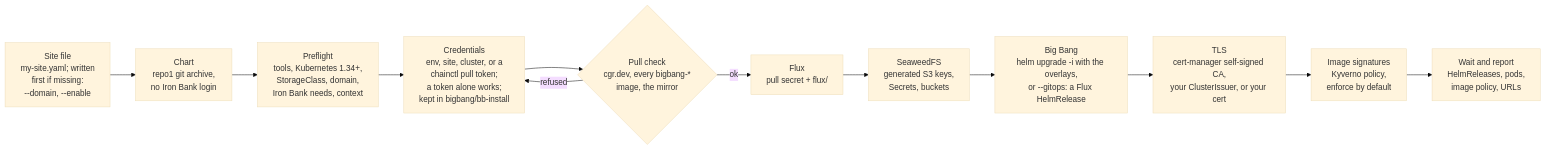
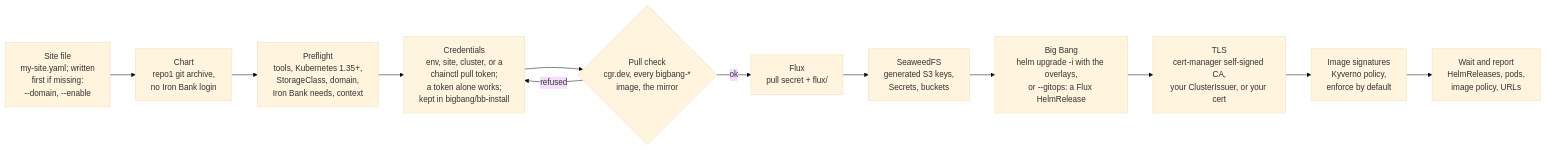
The fourth of 9 diagrams in docs/architecture.md (Zapata-Technology/bigbang-chainguard), drawn with Mermaid (base theme) before and after one commit. The commit also changed 46 other files, not shown here.

````diff
--- a/docs/architecture.md
+++ b/docs/architecture.md
@@ -142,14 +142,14 @@
 ```mermaid
 flowchart LR
     SF[Site file<br/>my-site.yaml; written<br/>first if missing:<br/>--domain, --enable] --> CH[Chart<br/>repo1 git archive,<br/>no Iron Bank login]
-    CH --> PF[Preflight<br/>tools, Kubernetes 1.34+,<br/>StorageClass, domain,<br/>Iron Bank needs, context]
+    CH --> PF[Preflight<br/>tools, Kubernetes 1.35+,<br/>StorageClass, domain,<br/>Iron Bank needs, context]
     PF --> CR[Credentials<br/>env, site, cluster, or a<br/>chainctl pull token;<br/>a token alone works;<br/>kept in bigbang/bb-install]
     CR --> PC{Pull check<br/>cgr.dev, every bigbang-*<br/>image, the mirror}
     PC -- refused --> CR
     PC -- ok --> FX[Flux<br/>pull secret + flux/]
     FX --> SW[SeaweedFS<br/>generated S3 keys,<br/>Secrets, buckets]
     SW --> BB[Big Bang<br/>helm upgrade -i with the overlays,<br/>or --gitops: a Flux HelmRelease]
     BB --> TL[TLS<br/>cert-manager self-signed CA,<br/>your ClusterIssuer, or your cert]
     TL --> SG[Image signatures<br/>Kyverno policy,<br/>enforce by default]
     SG --> W[Wait and report<br/>HelmReleases, pods,<br/>image policy, URLs]
 ```
````
